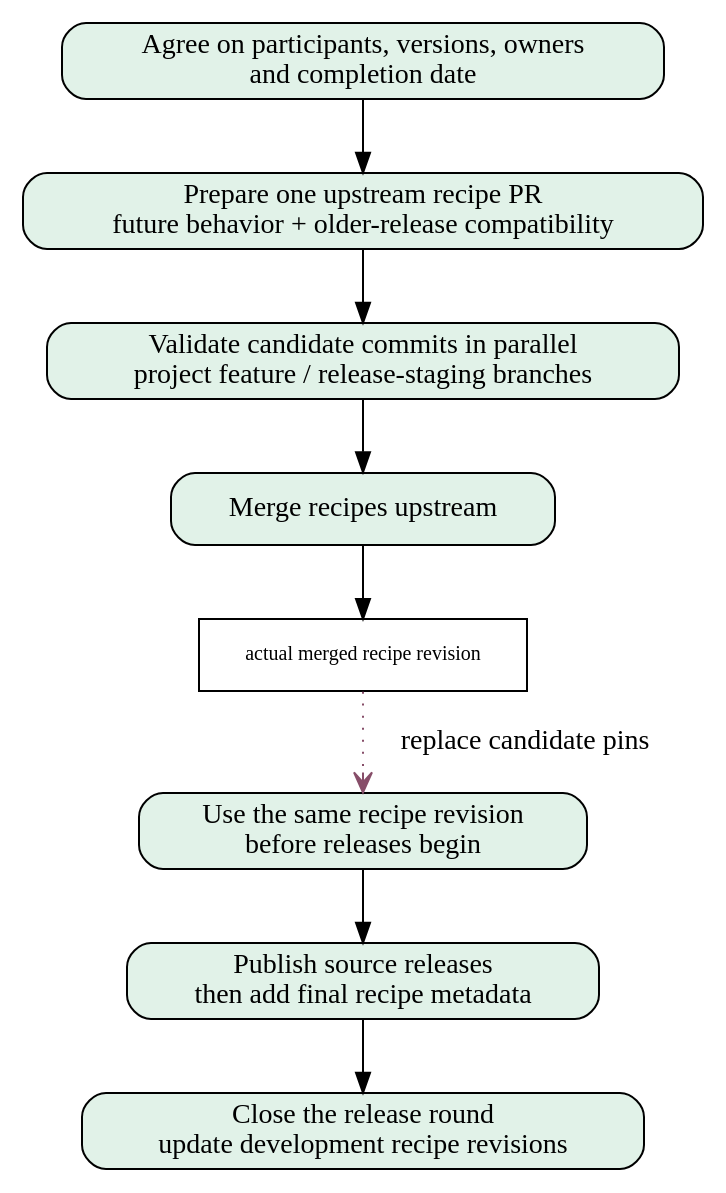
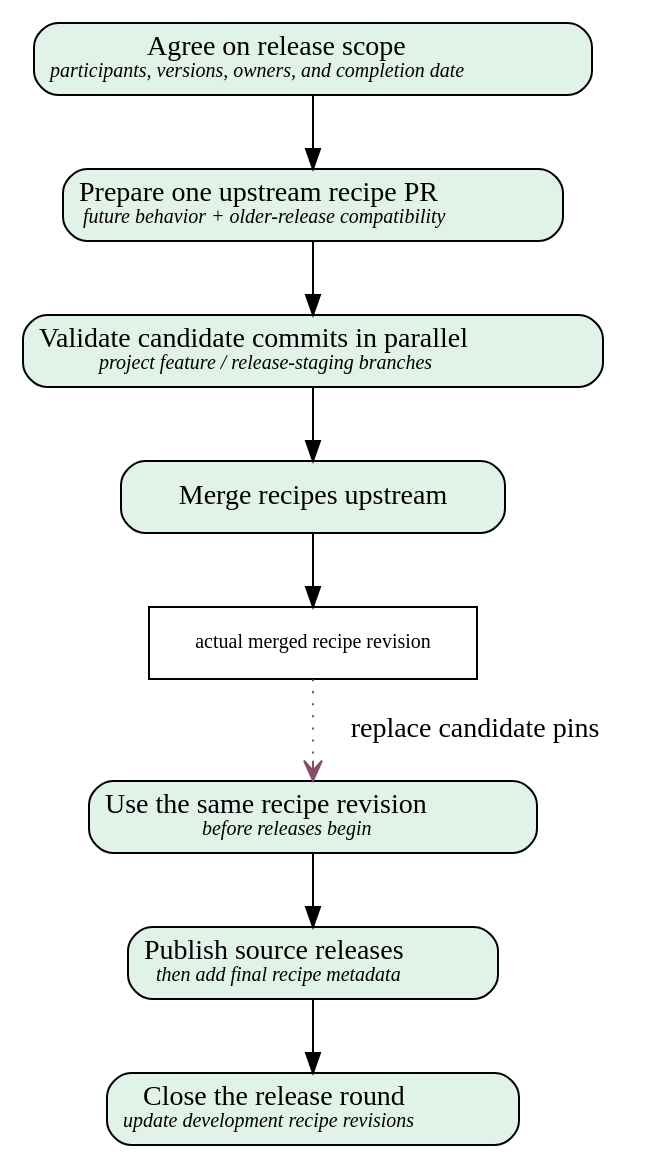
Before and after one commit to llnl/radiuss-spack-configs: the diagram in docs/sphinx/figures/release-coordination.dot, drawn with Graphviz. The commit also changed 6 other files, not shown here.

Commit message:
docs: distinguish diagram descriptions

```diff
--- a/docs/sphinx/figures/release-coordination.dot
+++ b/docs/sphinx/figures/release-coordination.dot
@@ -1,16 +1,16 @@
 // SPDX-License-Identifier: MIT
 digraph release_coordination {
   rankdir=TB;
-  agree [label="Agree on participants, versions, owners\nand completion date", shape=box, style="rounded,filled", fillcolor="#e1f2e8"];
-  prepare [label="Prepare one upstream recipe PR\nfuture behavior + older-release compatibility", shape=box, style="rounded,filled", fillcolor="#e1f2e8"];
-  validate [label="Validate candidate commits in parallel\nproject feature / release-staging branches", shape=box, style="rounded,filled", fillcolor="#e1f2e8"];
+  agree [label=<Agree on release scope<BR/><FONT POINT-SIZE="10"><I>participants, versions, owners, and completion date</I></FONT>>, shape=box, style="rounded,filled", fillcolor="#e1f2e8"];
+  prepare [label=<Prepare one upstream recipe PR<BR/><FONT POINT-SIZE="10"><I>future behavior + older-release compatibility</I></FONT>>, shape=box, style="rounded,filled", fillcolor="#e1f2e8"];
+  validate [label=<Validate candidate commits in parallel<BR/><FONT POINT-SIZE="10"><I>project feature / release-staging branches</I></FONT>>, shape=box, style="rounded,filled", fillcolor="#e1f2e8"];
   merge [label="Merge recipes upstream", shape=box, style="rounded,filled", fillcolor="#e1f2e8"];
   pin [label="actual merged recipe revision", shape=box, fontsize=10, margin="0.08,0.04", fillcolor="#f7e4e4"];
-  converge [label="Use the same recipe revision\nbefore releases begin", shape=box, style="rounded,filled", fillcolor="#e1f2e8"];
-  publish [label="Publish source releases\nthen add final recipe metadata", shape=box, style="rounded,filled", fillcolor="#e1f2e8"];
-  close [label="Close the release round\nupdate development recipe revisions", shape=box, style="rounded,filled", fillcolor="#e1f2e8"];
+  converge [label=<Use the same recipe revision<BR/><FONT POINT-SIZE="10"><I>before releases begin</I></FONT>>, shape=box, style="rounded,filled", fillcolor="#e1f2e8"];
+  publish [label=<Publish source releases<BR/><FONT POINT-SIZE="10"><I>then add final recipe metadata</I></FONT>>, shape=box, style="rounded,filled", fillcolor="#e1f2e8"];
+  close [label=<Close the release round<BR/><FONT POINT-SIZE="10"><I>update development recipe revisions</I></FONT>>, shape=box, style="rounded,filled", fillcolor="#e1f2e8"];
   agree -> prepare -> validate -> merge;
   merge -> pin;
   pin -> converge [style=dotted, arrowhead=vee, color="#874e69", label="replace candidate pins"];
   converge -> publish -> close;
 }
```
